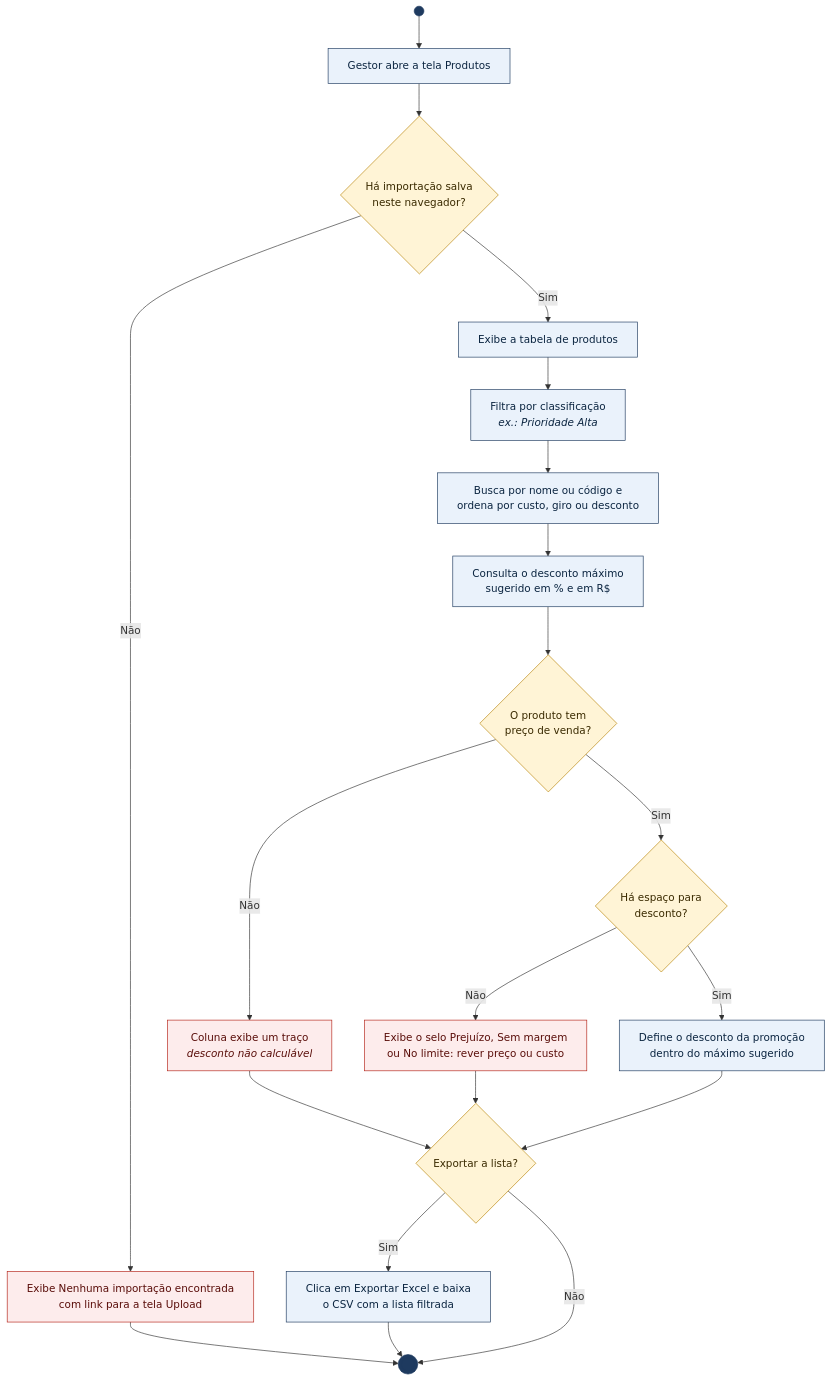
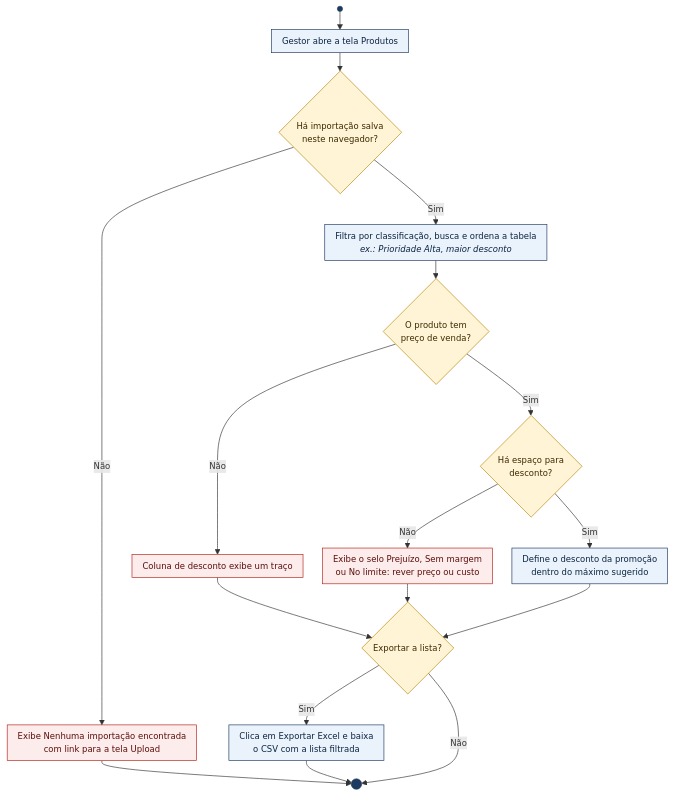
The third of 9 diagrams in README.md (weillerjulia/StockWise), drawn with Mermaid before and after one commit. The commit also changed other lines of this file, not shown here.

````diff
--- a/README.md
+++ b/README.md
@@ -338,32 +318,29 @@
 ```mermaid
-%%{init: {"flowchart": {"wrappingWidth": 400}}}%%
+%%{init: {"themeVariables": {"fontSize": "13px"}, "flowchart": {"wrappingWidth": 400, "rankSpacing": 28, "nodeSpacing": 30, "padding": 8}}}%%
 flowchart TD
     inicio(( )) --> c1["Gestor abre a tela Produtos"]
     c1 --> d1{"Há importação salva<br/>neste navegador?"}
     d1 -- Não --> c2["Exibe Nenhuma importação encontrada<br/>com link para a tela Upload"]
-    d1 -- Sim --> c3["Exibe a tabela de produtos"]
-    c3 --> c4["Filtra por classificação<br/><i>ex.: Prioridade Alta</i>"]
-    c4 --> c5["Busca por nome ou código e<br/>ordena por custo, giro ou desconto"]
-    c5 --> c6["Consulta o desconto máximo<br/>sugerido em % e em R$"]
-    c6 --> d2{"O produto tem<br/>preço de venda?"}
-    d2 -- Não --> c7["Coluna exibe um traço<br/><i>desconto não calculável</i>"]
+    d1 -- Sim --> c3["Filtra por classificação, busca e ordena a tabela<br/><i>ex.: Prioridade Alta, maior desconto</i>"]
+    c3 --> d2{"O produto tem<br/>preço de venda?"}
+    d2 -- Não --> c4["Coluna de desconto exibe um traço"]
     d2 -- Sim --> d3{"Há espaço para<br/>desconto?"}
-    d3 -- Não --> c8["Exibe o selo Prejuízo, Sem margem<br/>ou No limite: rever preço ou custo"]
-    d3 -- Sim --> c9["Define o desconto da promoção<br/>dentro do máximo sugerido"]
-    c7 --> d4{"Exportar a lista?"}
-    c8 --> d4
-    c9 --> d4
-    d4 -- Sim --> c10["Clica em Exportar Excel e baixa<br/>o CSV com a lista filtrada"]
+    d3 -- Não --> c5["Exibe o selo Prejuízo, Sem margem<br/>ou No limite: rever preço ou custo"]
+    d3 -- Sim --> c6["Define o desconto da promoção<br/>dentro do máximo sugerido"]
+    c4 --> d4{"Exportar a lista?"}
+    c5 --> d4
+    c6 --> d4
+    d4 -- Sim --> c7["Clica em Exportar Excel e baixa<br/>o CSV com a lista filtrada"]
     d4 -- Não --> fim((( )))
     c2 --> fim
-    c10 --> fim
+    c7 --> fim
 
     classDef marco fill:#1E3A5F,stroke:#1E3A5F
     classDef decisao fill:#FFF4D6,stroke:#B8860B,color:#3A2A00
     classDef acao fill:#EAF2FB,stroke:#1E3A5F,color:#0B2540
     classDef erro fill:#FDECEC,stroke:#B42318,color:#5A0E0A
     class inicio,fim marco
     class d1,d2,d3,d4 decisao
-    class c1,c3,c4,c5,c6,c9,c10 acao
-    class c2,c7,c8 erro
+    class c1,c3,c6,c7 acao
+    class c2,c4,c5 erro
 ```
````
